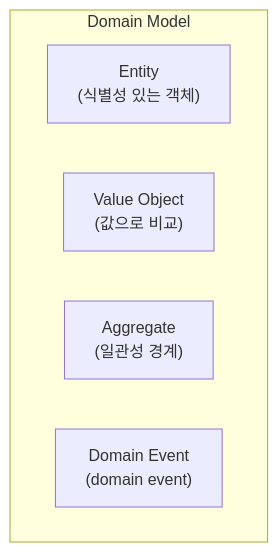
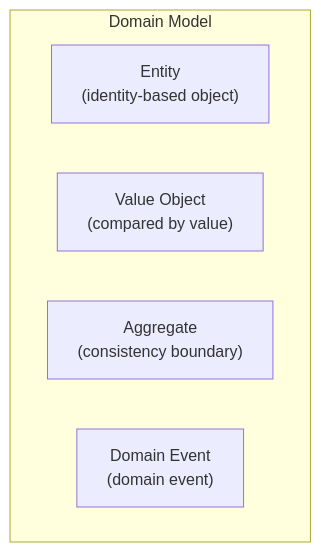
Before and after one commit to advanced-beginner/advanced-beginner.github.io: the fourth of 10 diagrams in content/en/docs/ddd/concepts/architecture/onion-architecture.md, drawn with Mermaid. The commit also changed other lines of this file and 2 other files, not shown here.

First line of the commit message:
docs: DDD EN architecture 3파일 완역 (hexagonal, onion, event-driven)

````diff
--- a/content/en/docs/ddd/concepts/architecture/onion-architecture.md
+++ b/content/en/docs/ddd/concepts/architecture/onion-architecture.md
@@ -120,9 +120,9 @@
 ```mermaid
 flowchart TB
     subgraph DM["Domain Model"]
-        E["Entity<br>(식별성 있는 객체)"]
-        VO["Value Object<br>(값으로 비교)"]
-        AGG["Aggregate<br>(일관성 경계)"]
+        E["Entity<br>(identity-based object)"]
+        VO["Value Object<br>(compared by value)"]
+        AGG["Aggregate<br>(consistency boundary)"]
         DE["Domain Event<br>(domain event)"]
     end
 ```
````
